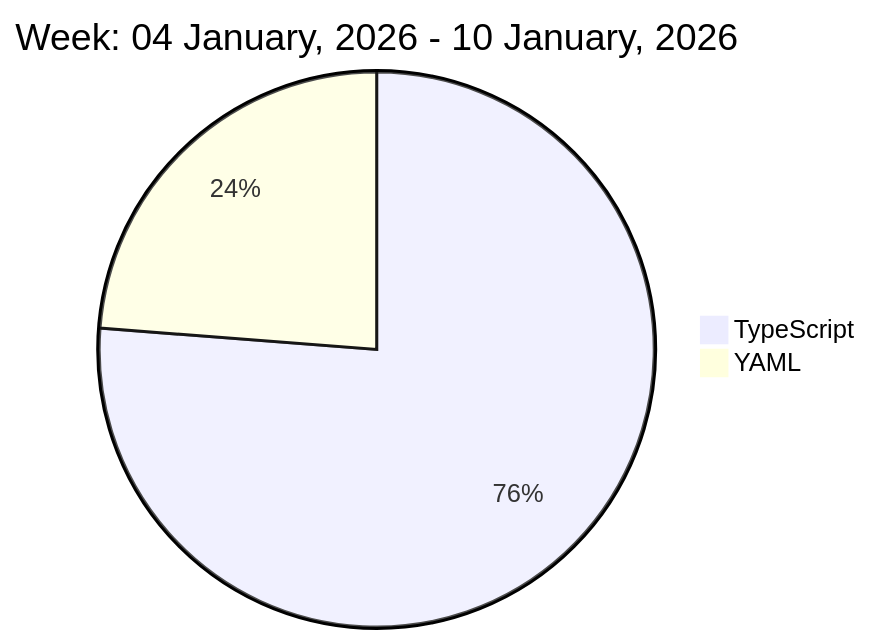
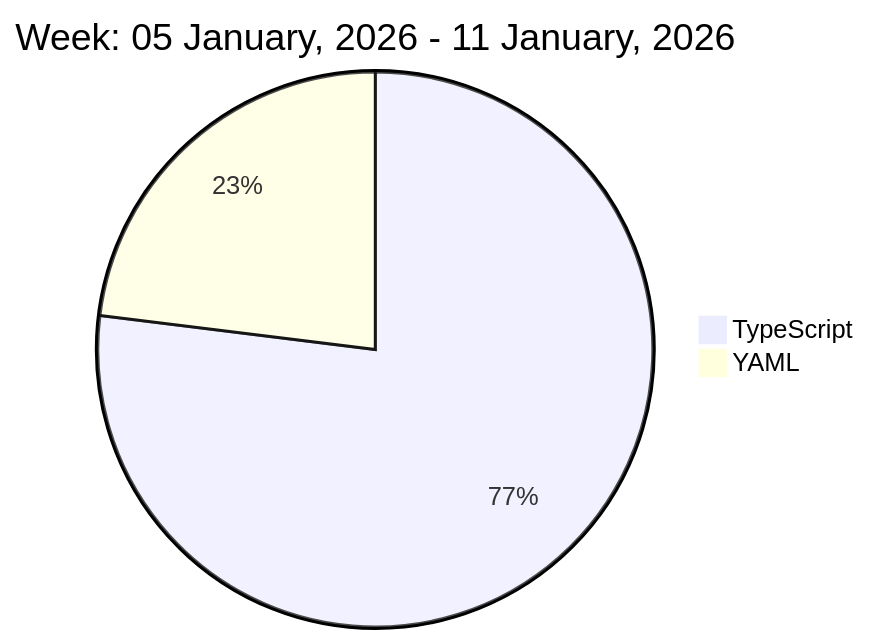
The diagram in README.md (liubin95/liubin95), drawn with Mermaid before and after one commit.

Commit message:
Updated the Graph with new Metrics

````diff
--- a/README.md
+++ b/README.md
@@ -37,6 +37,6 @@
 ```mermaid
  pie
-title Week: 04 January, 2026 - 10 January, 2026
- "TypeScript" : 9.3
- "YAML" : 2.9
+title Week: 05 January, 2026 - 11 January, 2026
+ "TypeScript" : 9.35
+ "YAML" : 2.8
 ```
````
